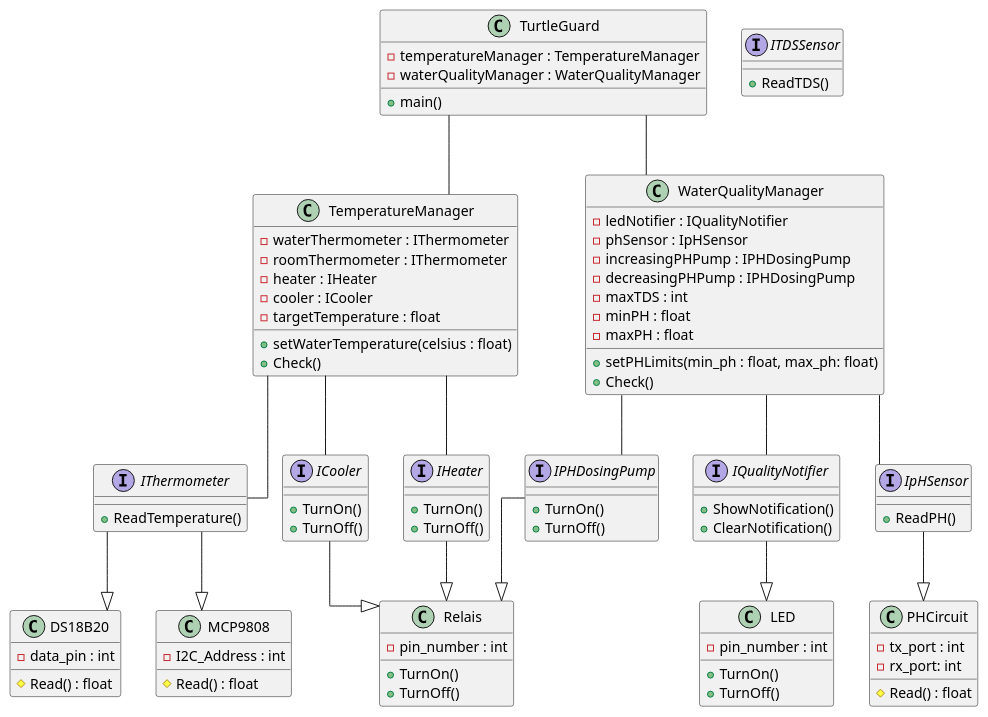
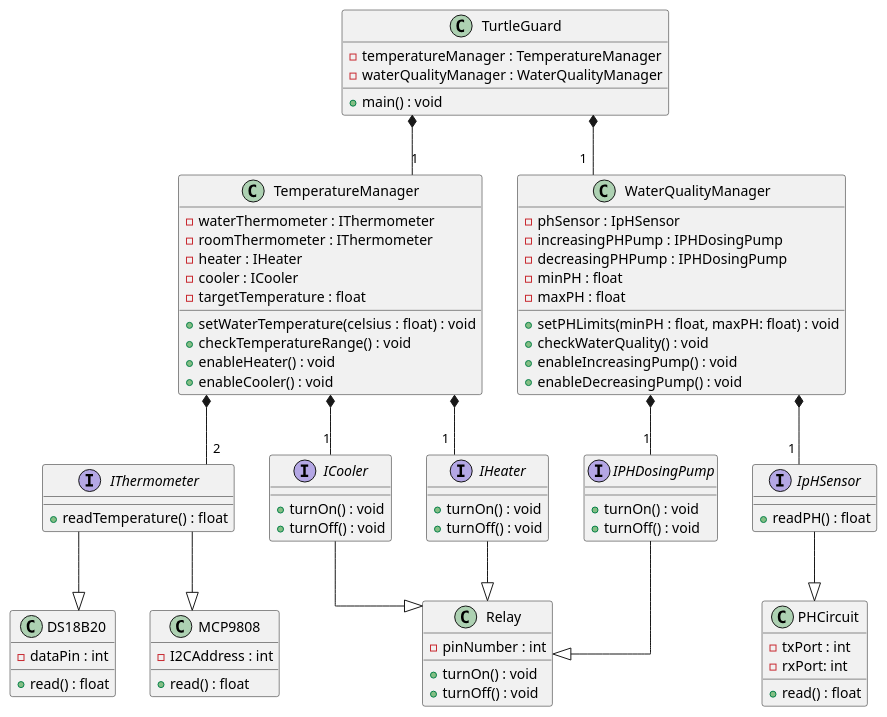
Before and after one commit to Vvamp/ATP2324: the diagram in Testplan/Appendices/classdiagram.puml, drawn with PlantUML. The commit also changed 2 other files, not shown here.

Commit message:
update diagrams and text

```diff
--- a/Testplan/Appendices/classdiagram.puml
+++ b/Testplan/Appendices/classdiagram.puml
@@ -1,115 +1,95 @@
 @startuml ClassDiagram
 skinparam linetype ortho
-' !theme reddress-darkblue
 
 interface IThermometer{
-    + ReadTemperature()
-}
-
-interface IQualityNotifier{
-    + ShowNotification()
-    + ClearNotification()
+    + readTemperature() : float
 }
 
 interface ICooler{
-    + TurnOn()
-    + TurnOff()
+    + turnOn() : void
+    + turnOff() : void
 }
+
 interface IHeater{
-    + TurnOn()
-    + TurnOff()
+    + turnOn() : void
+    + turnOff() : void
 }
 
 interface IpHSensor{
-    + ReadPH()
-}
-interface ITDSSensor{
-    + ReadTDS()
+    + readPH() : float
 }
 
 interface IPHDosingPump{
-    + TurnOn()
-    + TurnOff()
+    + turnOn() : void
+    + turnOff() : void
 }
 
 class TurtleGuard{
     - temperatureManager : TemperatureManager
     - waterQualityManager : WaterQualityManager
-    + main()
-    
+    + main() : void
 }
 
-'' Checks water temperature. Checks which needs to be emnabled(cooler or heater)
 class TemperatureManager{
     - waterThermometer : IThermometer
     - roomThermometer : IThermometer
     - heater : IHeater
     - cooler : ICooler
     - targetTemperature : float
-    + setWaterTemperature(celsius : float)
-    + Check()
-
+    + setWaterTemperature(celsius : float) : void
+    + checkTemperatureRange() : void
+    + enableHeater() : void
+    + enableCooler() : void
 }
 
-'' Notifies whoever needs
 class WaterQualityManager{
-    - ledNotifier : IQualityNotifier
     - phSensor : IpHSensor
     - increasingPHPump : IPHDosingPump
     - decreasingPHPump : IPHDosingPump
-    - maxTDS : int 
     - minPH : float 
     - maxPH : float 
-    + setPHLimits(min_ph : float, max_ph: float)
-    + Check()
+    + setPHLimits(minPH : float, maxPH: float) : void
+    + checkWaterQuality() : void
+    + enableIncreasingPump() : void
+    + enableDecreasingPump() : void
 }
 
 class DS18B20{
-    - data_pin : int
-    # Read() : float
+    - dataPin : int
+    + read() : float
 }
 
 class MCP9808{
-    - I2C_Address : int
-    # Read() : float
+    - I2CAddress : int
+    + read() : float
 }
 
 class PHCircuit{
-    - tx_port : int 
-    - rx_port: int
-    # Read() : float
+    - txPort : int 
+    - rxPort: int
+    + read() : float
 }
 
-class LED{
-    - pin_number : int
-    + TurnOn()
-    + TurnOff()
-}
-
-'Moet er nog een tussenstap tussen relais? Moet relais ook een interface zijn? Moet eigenlijk ook PWM hebben. Hoe of wat?' 
-class Relais{
-    - pin_number : int
-    + TurnOn()
-    + TurnOff()
+class Relay{
+    - pinNumber : int
+    + turnOn() : void
+    + turnOff() : void
 }
 
 IThermometer --|> DS18B20
 IThermometer --|> MCP9808
 IpHSensor --|> PHCircuit
-IQualityNotifier --|> LED
-IHeater --|> Relais
-ICooler --|> Relais
-IPHDosingPump --|> Relais
+IHeater --|> Relay
+ICooler --|> Relay
+IPHDosingPump --|> Relay
 
-WaterQualityManager -- IpHSensor
-WaterQualityManager -- IQualityNotifier
-WaterQualityManager -- IPHDosingPump
-TemperatureManager -- IThermometer
-TemperatureManager -- IHeater
-TemperatureManager -- ICooler
+WaterQualityManager *-- "1" IpHSensor
+WaterQualityManager *-- "1" IPHDosingPump
+TemperatureManager  *-- "2" IThermometer
+TemperatureManager *-- "1" IHeater
+TemperatureManager *-- "1" ICooler
 
-' Moet 'dependency' zijn(contains and can't live without)
-TurtleGuard -- WaterQualityManager
-TurtleGuard -- TemperatureManager
+TurtleGuard *-- "1" WaterQualityManager
+TurtleGuard *-- "1" TemperatureManager
 
 @enduml
```
